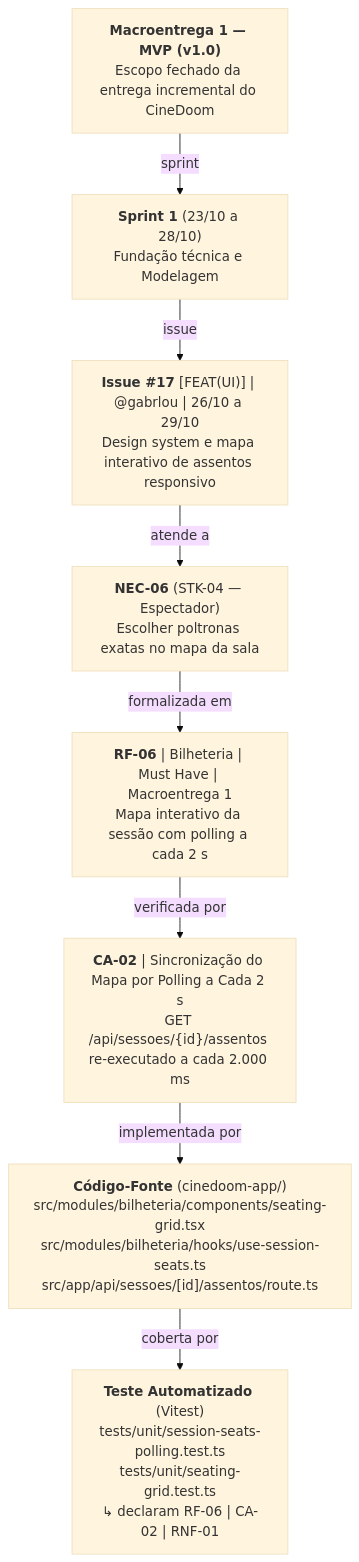
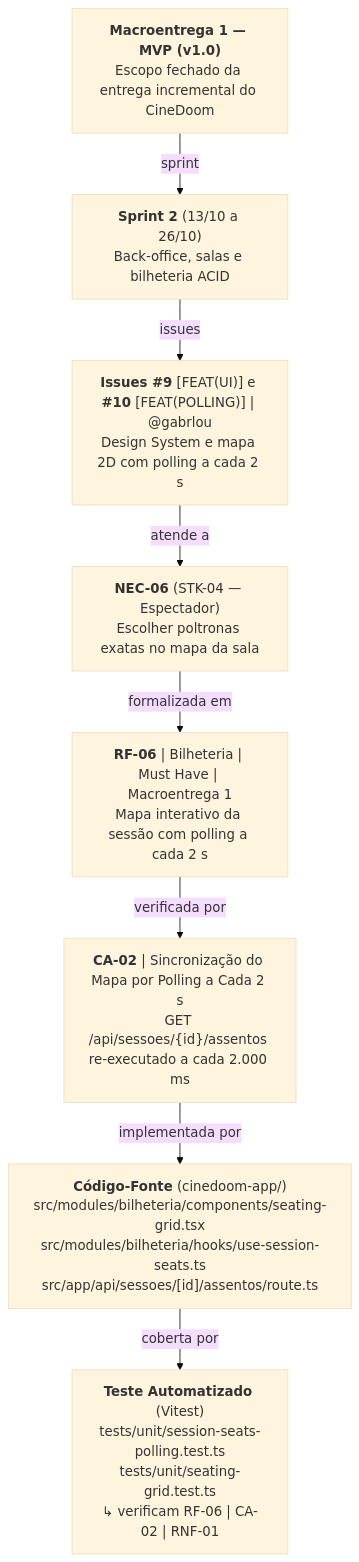
One commit to CINESOFT-SOLUTIONS/manual-processos-software changed the first of 4 diagrams in manual/capitulos/05-processos-tecnicos.md. Above: the diagram before and after it, drawn with Mermaid (base theme). The commit also changed other lines of this file and 23 other files, not shown here.

````diff
--- a/manual/capitulos/05-processos-tecnicos.md
+++ b/manual/capitulos/05-processos-tecnicos.md
@@ -78,19 +78,19 @@
 ```mermaid
 flowchart TD
     ME1["<b>Macroentrega 1 — MVP (v1.0)</b><br/>Escopo fechado da entrega incremental do CineDoom"]
-    SP1["<b>Sprint 1</b> (23/10 a 28/10)<br/>Fundação técnica e Modelagem"]
-    FEAT["<b>Issue #17</b> [FEAT(UI)] | @gabrlou | 26/10 a 29/10<br/>Design system e mapa interativo de assentos responsivo"]
+    SP1["<b>Sprint 2</b> (13/10 a 26/10)<br/>Back-office, salas e bilheteria ACID"]
+    FEAT["<b>Issues #9</b> [FEAT(UI)] e <b>#10</b> [FEAT(POLLING)] | @gabrlou<br/>Design System e mapa 2D com polling a cada 2 s"]
     NEC["<b>NEC-06</b> (STK-04 — Espectador)<br/>Escolher poltronas exatas no mapa da sala"]
     RF["<b>RF-06</b> | Bilheteria | Must Have | Macroentrega 1<br/>Mapa interativo da sessão com polling a cada 2 s"]
     CA["<b>CA-02</b> | Sincronização do Mapa por Polling a Cada 2 s<br/>GET /api/sessoes/{id}/assentos re-executado a cada 2.000 ms"]
     CODE["<b>Código-Fonte</b> (cinedoom-app/)<br/>src/modules/bilheteria/components/seating-grid.tsx<br/>src/modules/bilheteria/hooks/use-session-seats.ts<br/>src/app/api/sessoes/[id]/assentos/route.ts"]
-    TEST["<b>Teste Automatizado</b> (Vitest)<br/>tests/unit/session-seats-polling.test.ts<br/>tests/unit/seating-grid.test.ts<br/>↳ declaram RF-06 | CA-02 | RNF-01"]
+    TEST["<b>Teste Automatizado</b> (Vitest)<br/>tests/unit/session-seats-polling.test.ts<br/>tests/unit/seating-grid.test.ts<br/>↳ verificam RF-06 | CA-02 | RNF-01"]
 
     ME1 -->|sprint| SP1
-    SP1 -->|issue| FEAT
+    SP1 -->|issues| FEAT
     FEAT -->|atende a| NEC
     NEC -->|formalizada em| RF
     RF -->|verificada por| CA
     CA -->|implementada por| CODE
     CODE -->|coberta por| TEST
 ```
````
